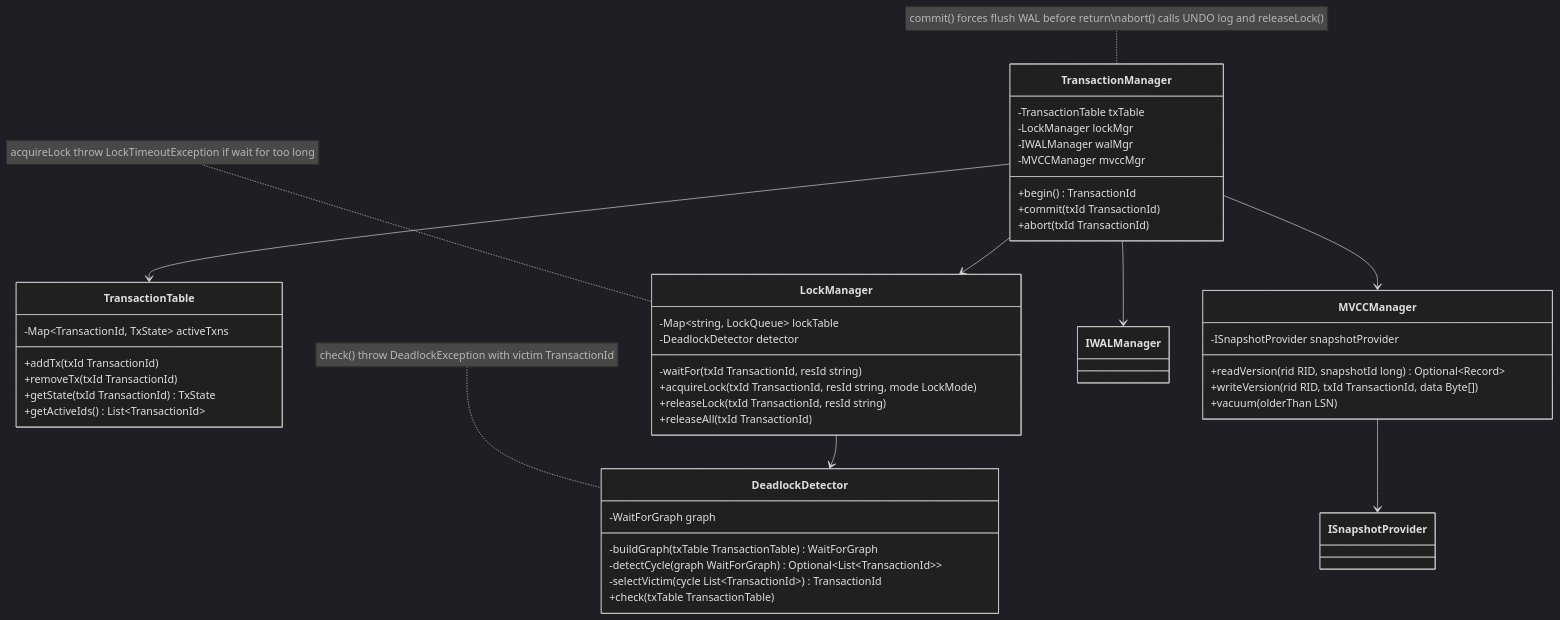
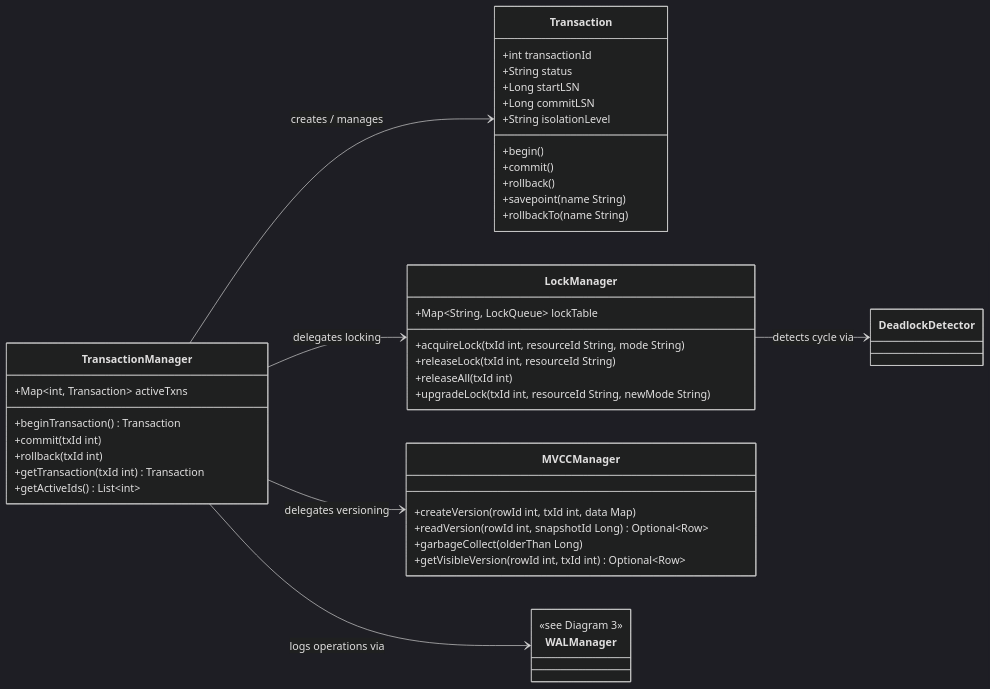
The fifth of 8 diagrams in README.md (Hagiakhanh/bbv-dbms), drawn with Mermaid (dark theme) before and after one commit. The commit also changed other lines of this file and 1 other file, not shown here.

Commit message:
update list test case database server

````diff
--- a/README.md
+++ b/README.md
@@ -647,55 +543,51 @@
 ```mermaid
 classDiagram
+direction LR
+
+    class Transaction {
+        +int transactionId
+        +String status
+        +Long startLSN
+        +Long commitLSN
+        +String isolationLevel
+        +begin()
+        +commit()
+        +rollback()
+        +savepoint(name String)
+        +rollbackTo(name String)
+    }
 
     class TransactionManager {
-        -TransactionTable txTable
-        -LockManager lockMgr
-        -IWALManager walMgr
-        -MVCCManager mvccMgr
-        +begin() TransactionId
-        +commit(txId TransactionId)
-        +abort(txId TransactionId)
-    }
-    note for TransactionManager "commit() forces flush WAL before return\nabort() calls UNDO log and releaseLock()"
-
-    class TransactionTable {
-        -Map~TransactionId, TxState~ activeTxns
-        +addTx(txId TransactionId)
-        +removeTx(txId TransactionId)
-        +getState(txId TransactionId) TxState
-        +getActiveIds() List~TransactionId~
+        +Map~int, Transaction~ activeTxns
+        +beginTransaction() Transaction
+        +commit(txId int)
+        +rollback(txId int)
+        +getTransaction(txId int) Transaction
+        +getActiveIds() List~int~
     }
 
     class LockManager {
-        -Map~string, LockQueue~ lockTable
-        -DeadlockDetector detector
-        -waitFor(txId TransactionId, resId string)
-        +acquireLock(txId TransactionId, resId string, mode LockMode)
-        +releaseLock(txId TransactionId, resId string)
-        +releaseAll(txId TransactionId)
+        +Map~String, LockQueue~ lockTable
+        +acquireLock(txId int, resourceId String, mode String)
+        +releaseLock(txId int, resourceId String)
+        +releaseAll(txId int)
+        +upgradeLock(txId int, resourceId String, newMode String)
     }
-    note for LockManager "acquireLock throw LockTimeoutException if wait for too long"
 
     class MVCCManager {
-        -ISnapshotProvider snapshotProvider
-        +readVersion(rid RID, snapshotId long) Optional~Record~
-        +writeVersion(rid RID, txId TransactionId, data Byte[])
-        +vacuum(olderThan LSN)
+        +createVersion(rowId int, txId int, data Map)
+        +readVersion(rowId int, snapshotId Long) Optional~Row~
+        +garbageCollect(olderThan Long)
+        +getVisibleVersion(rowId int, txId int) Optional~Row~
     }
 
-    class DeadlockDetector {
-        -WaitForGraph graph
-        -buildGraph(txTable TransactionTable) WaitForGraph
-        -detectCycle(graph WaitForGraph) Optional~List~TransactionId~~
-        -selectVictim(cycle List~TransactionId~) TransactionId
-        +check(txTable TransactionTable)
+    class WALManager {
+        <<see Diagram 3>>
     }
-    note for DeadlockDetector "check() throw DeadlockException with victim TransactionId"
 
-    TransactionManager --> TransactionTable
-    TransactionManager --> LockManager
-    TransactionManager --> IWALManager
-    TransactionManager --> MVCCManager
-    LockManager --> DeadlockDetector
-    MVCCManager --> ISnapshotProvider
+    TransactionManager --> Transaction  : creates / manages
+    TransactionManager --> LockManager  : delegates locking
+    TransactionManager --> MVCCManager  : delegates versioning
+    TransactionManager --> WALManager   : logs operations via
+    LockManager --> DeadlockDetector    : detects cycle via
 ```
````
